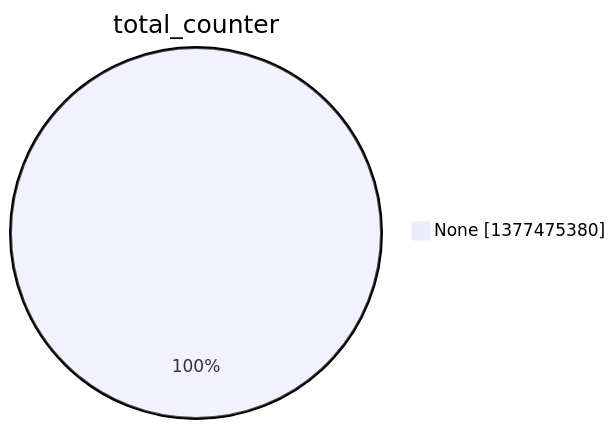
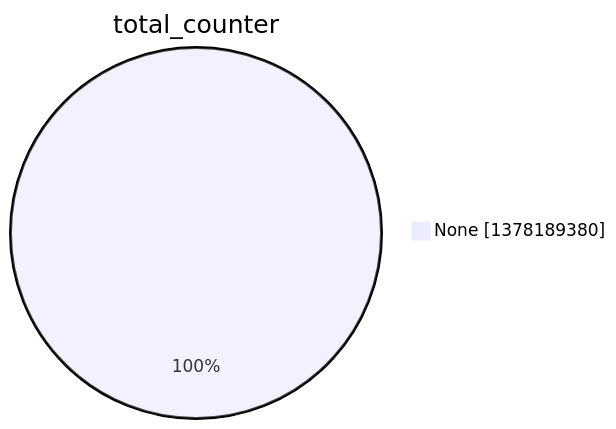
Before and after one commit to christiankrug/ctmonitor_visualization: the second of 15 diagrams in argon2022/README.md, drawn with Mermaid. The commit also changed other lines of this file, not shown here.

````diff
--- a/argon2022/README.md
+++ b/argon2022/README.md
@@ -9,5 +9,5 @@
 ```mermaid
 pie showData
 title total_counter
-"None" :1377475380
+"None" :1378189380
 ```
````
